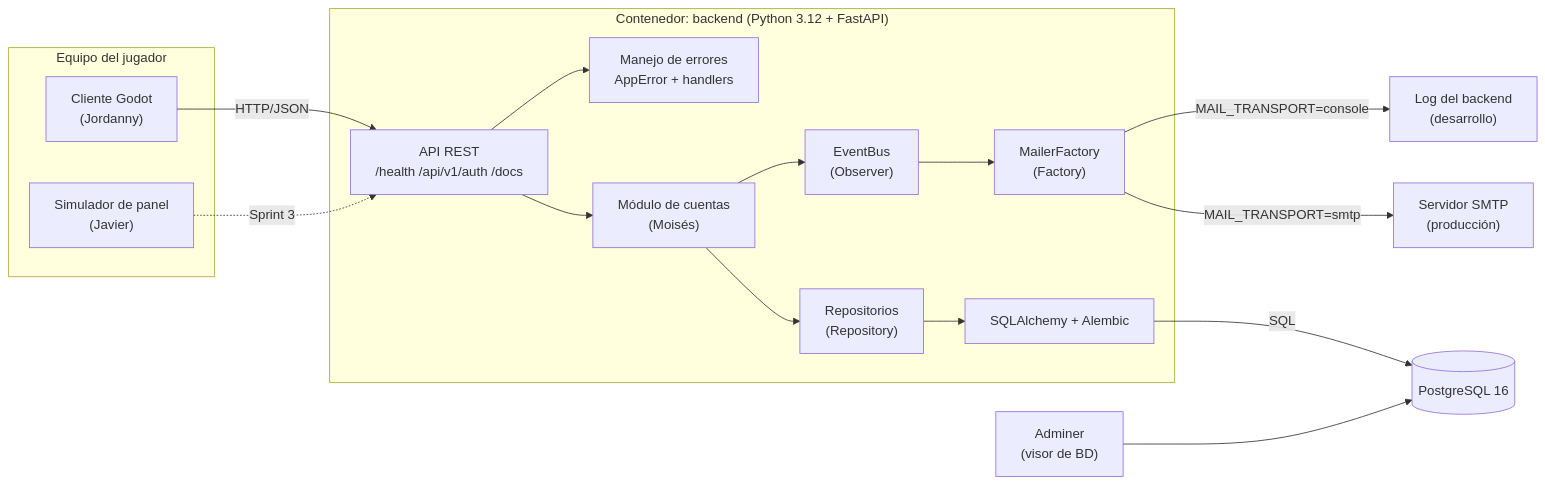
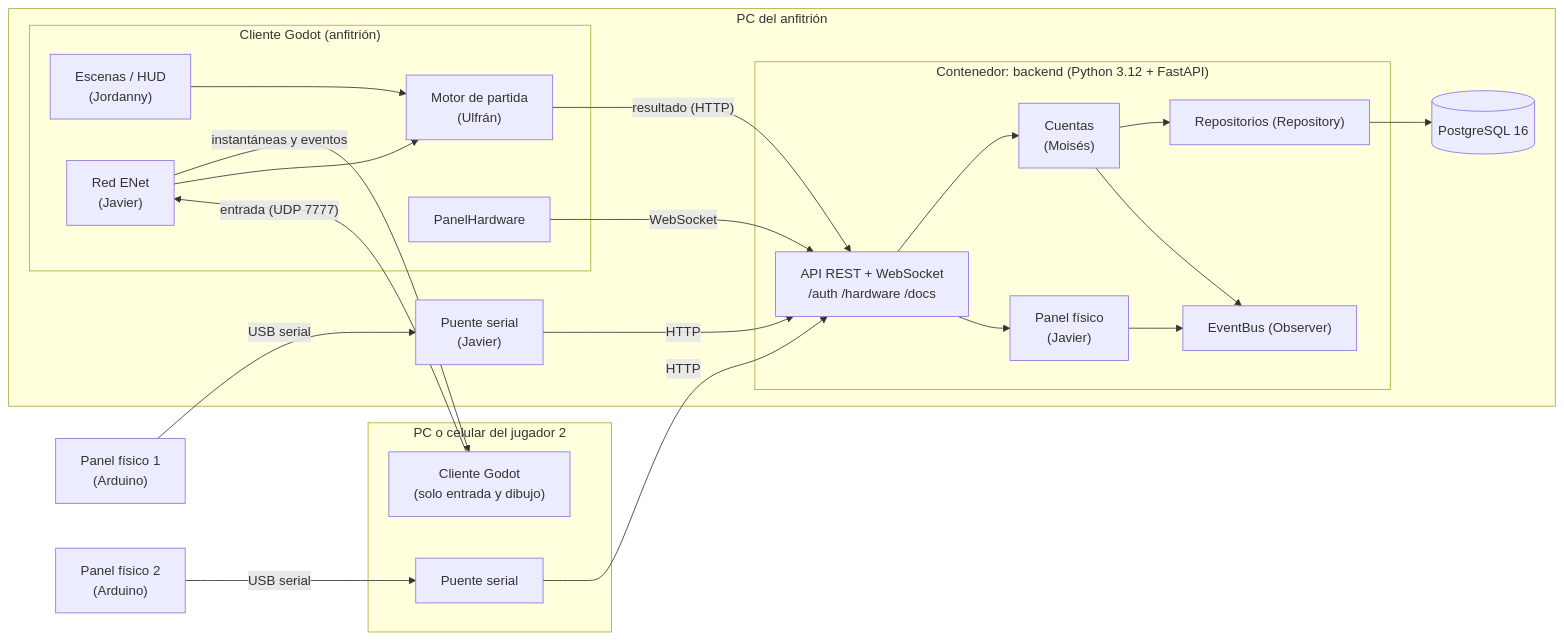
Before and after one commit to Jbarraza5010/control-del-reactor: the diagram in docs/arquitectura/02-componentes.md, drawn with Mermaid. The commit also changed other lines of this file and 2 other files, not shown here.

Commit message:
Arquitectura Actualizada
docs(arquitectura): actualizar vistas lógica, de componentes y despliegue del Sprint 3

````diff
--- a/docs/arquitectura/02-componentes.md
+++ b/docs/arquitectura/02-componentes.md
@@ -3,35 +3,45 @@
 ```mermaid
 flowchart LR
-  subgraph Cliente["Equipo del jugador"]
-    GODOT["Cliente Godot<br/>(Jordanny)"]
-    SIM["Simulador de panel<br/>(Javier)"]
+  subgraph PCH["PC del anfitrión"]
+    subgraph GH["Cliente Godot (anfitrión)"]
+      UIH["Escenas / HUD<br/>(Jordanny)"]
+      NETH["Red ENet<br/>(Javier)"]
+      MOT["Motor de partida<br/>(Ulfrán)"]
+      PANH["PanelHardware"]
+    end
+    BRH["Puente serial<br/>(Javier)"]
+    subgraph BACK["Contenedor: backend (Python 3.12 + FastAPI)"]
+      HTTP["API REST + WebSocket<br/>/auth  /hardware  /docs"]
+      AUTH["Cuentas<br/>(Moisés)"]
+      HW["Panel físico<br/>(Javier)"]
+      BUS["EventBus (Observer)"]
+      REPOS["Repositorios (Repository)"]
+    end
+    DB[("PostgreSQL 16")]
   end
 
-  subgraph Backend["Contenedor: backend (Python 3.12 + FastAPI)"]
-    HTTP["API REST<br/>/health  /api/v1/auth  /docs"]
-    AUTH["Módulo de cuentas<br/>(Moisés)"]
-    ERRS["Manejo de errores<br/>AppError + handlers"]
-    BUS["EventBus<br/>(Observer)"]
-    MAILF["MailerFactory<br/>(Factory)"]
-    REPOS["Repositorios<br/>(Repository)"]
-    SA["SQLAlchemy + Alembic"]
+  subgraph PC2["PC o celular del jugador 2"]
+    G2["Cliente Godot<br/>(solo entrada y dibujo)"]
+    BR2["Puente serial"]
   end
 
-  DB[("PostgreSQL 16")]
-  SMTP["Servidor SMTP<br/>(producción)"]
-  LOG["Log del backend<br/>(desarrollo)"]
-  ADM["Adminer<br/>(visor de BD)"]
+  PAN1["Panel físico 1<br/>(Arduino)"]
+  PAN2["Panel físico 2<br/>(Arduino)"]
 
-  GODOT -->|"HTTP/JSON"| HTTP
-  SIM -.->|"Sprint 3"| HTTP
+  PAN1 -->|"USB serial"| BRH
+  PAN2 -->|"USB serial"| BR2
+  BRH -->|"HTTP"| HTTP
+  BR2 -->|"HTTP"| HTTP
+  PANH -->|"WebSocket"| HTTP
+  G2 -->|"entrada (UDP 7777)"| NETH
+  NETH -->|"instantáneas y eventos"| G2
+  NETH --> MOT
+  UIH --> MOT
+  MOT -->|"resultado (HTTP)"| HTTP
   HTTP --> AUTH
-  HTTP --> ERRS
+  HTTP --> HW
   AUTH --> REPOS
   AUTH --> BUS
-  BUS --> MAILF
-  REPOS --> SA
-  SA -->|"SQL"| DB
-  MAILF -->|"MAIL_TRANSPORT=smtp"| SMTP
-  MAILF -->|"MAIL_TRANSPORT=console"| LOG
-  ADM --> DB
+  HW --> BUS
+  REPOS --> DB
 ```
````
